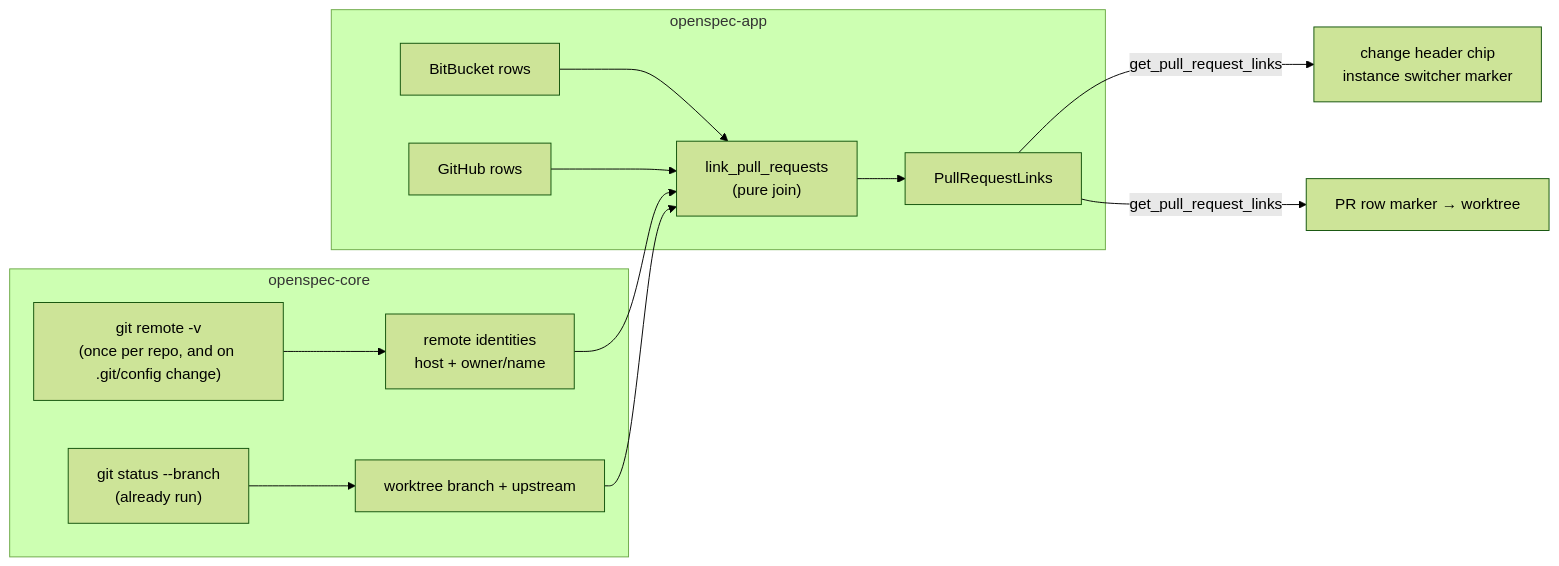
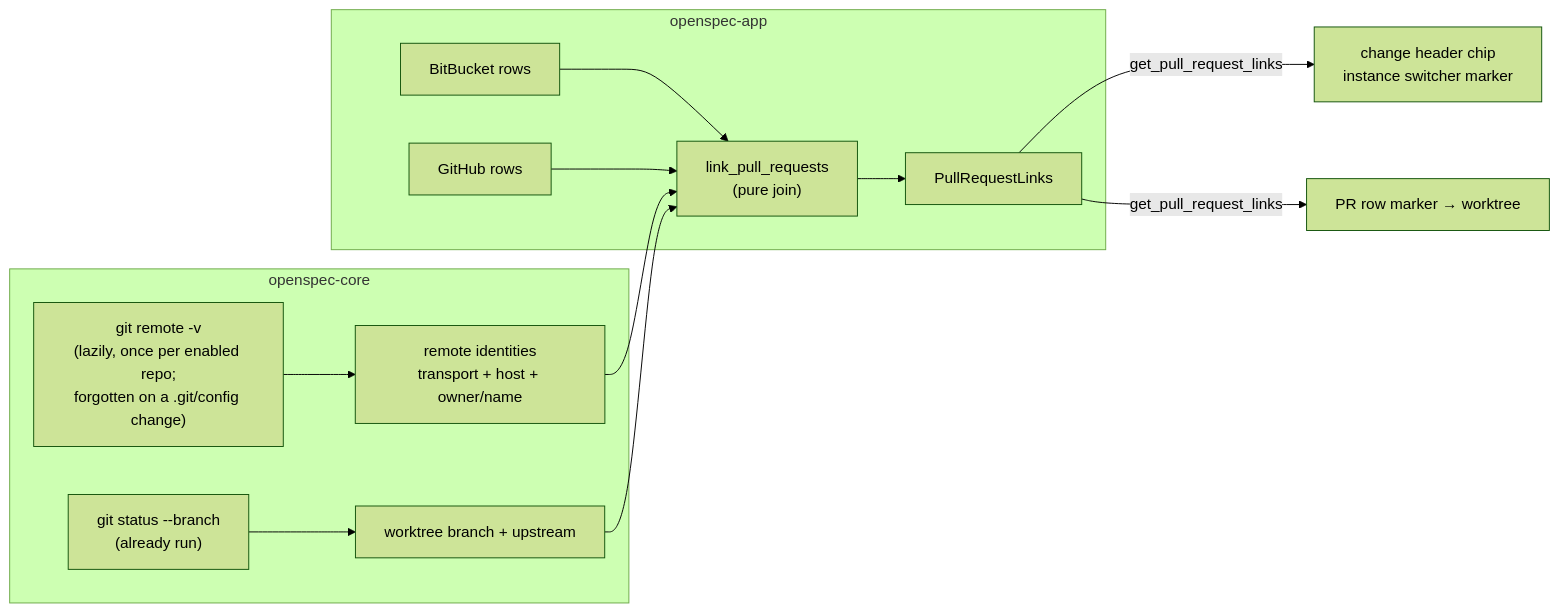
The diagram in openspec/changes/link-pull-requests-to-worktrees/proposal.md (avantmedialtd/specforge), drawn with Mermaid (forest theme) before and after one commit. The commit also changed other lines of this file and 8 other files, not shown here.

````diff
--- a/openspec/changes/link-pull-requests-to-worktrees/proposal.md
+++ b/openspec/changes/link-pull-requests-to-worktrees/proposal.md
@@ -11,16 +11,16 @@
 ```mermaid
 flowchart LR
   subgraph core["openspec-core"]
-    RV["git remote -v<br/>(once per repo, and on .git/config change)"] --> ID["remote identities<br/>host + owner/name"]
+    RV["git remote -v<br/>(lazily, once per enabled repo;<br/>forgotten on a .git/config change)"] --> ID["remote identities<br/>transport + host + owner/name"]
     ST["git status --branch<br/>(already run)"] --> UP["worktree branch + upstream"]
   end
   subgraph app["openspec-app"]
     BB["BitBucket rows"] --> J["link_pull_requests<br/>(pure join)"]
     GH["GitHub rows"] --> J
     ID --> J
     UP --> J
     J --> L["PullRequestLinks"]
   end
   L -- "get_pull_request_links" --> H["change header chip<br/>instance switcher marker"]
   L -- "get_pull_request_links" --> P["PR row marker → worktree"]
 ```
````
